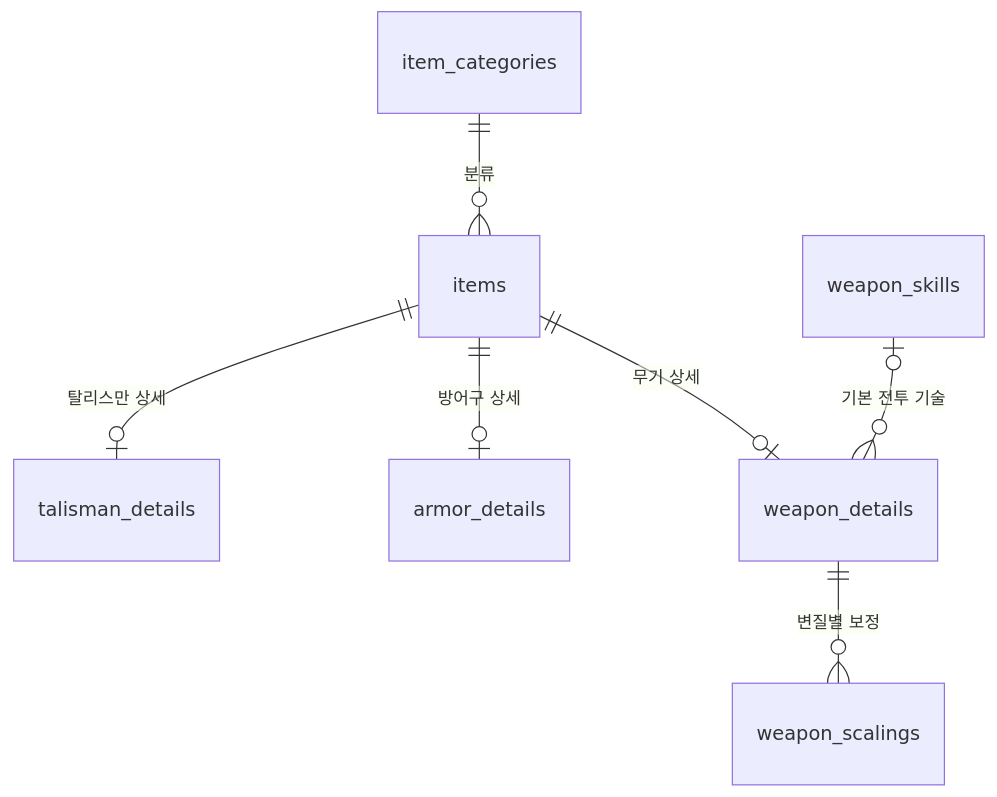
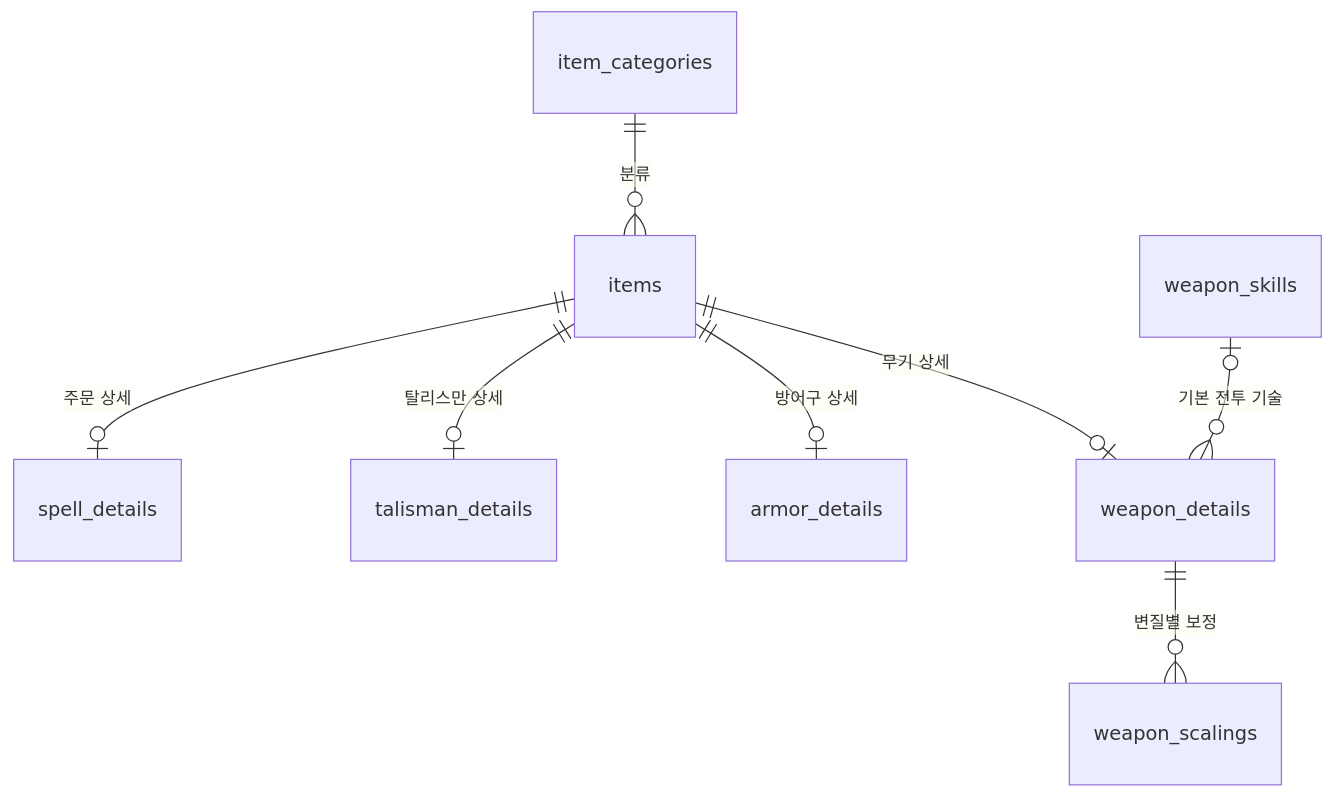
Before and after one commit to qpow1018/elden-wiki: the diagram in docs/DATABASE.md, drawn with Mermaid. The commit also changed other lines of this file and 5 other files, not shown here.

````diff
--- a/docs/DATABASE.md
+++ b/docs/DATABASE.md
@@ -34,9 +34,10 @@
 ```mermaid
 erDiagram
   item_categories ||--o{ items : "분류"
+  items ||--o| spell_details : "주문 상세"
   items ||--o| talisman_details : "탈리스만 상세"
   items ||--o| armor_details : "방어구 상세"
   items ||--o| weapon_details : "무기 상세"
   weapon_skills o|--o{ weapon_details : "기본 전투 기술"
   weapon_details ||--o{ weapon_scalings : "변질별 보정"
 ```
````
